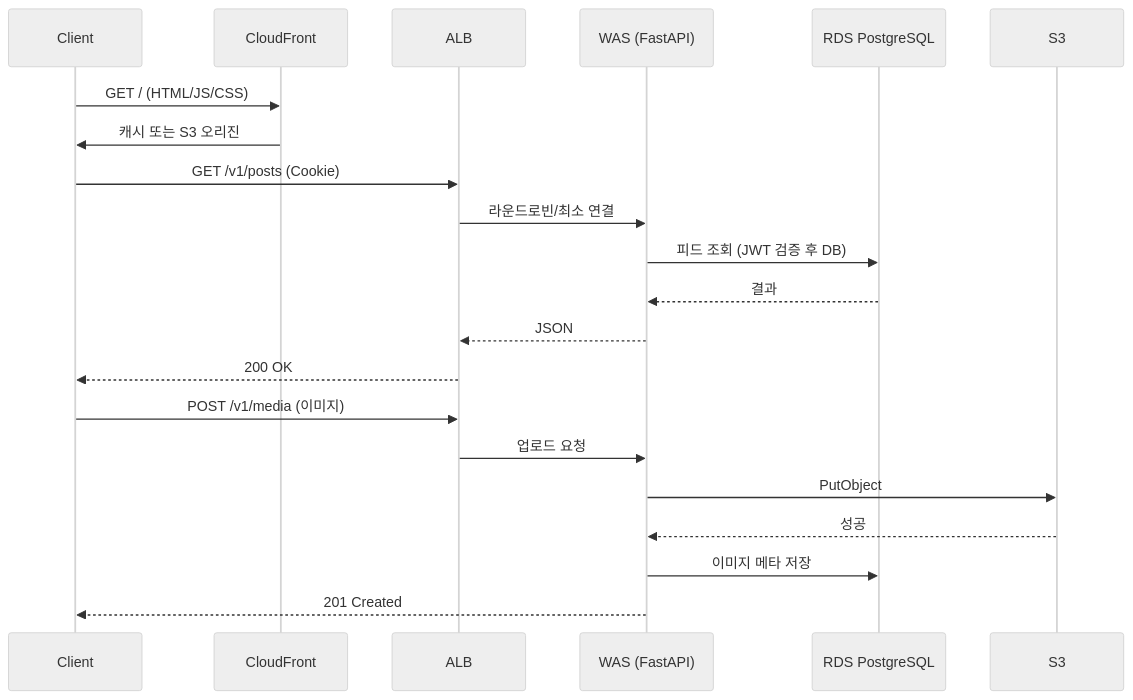
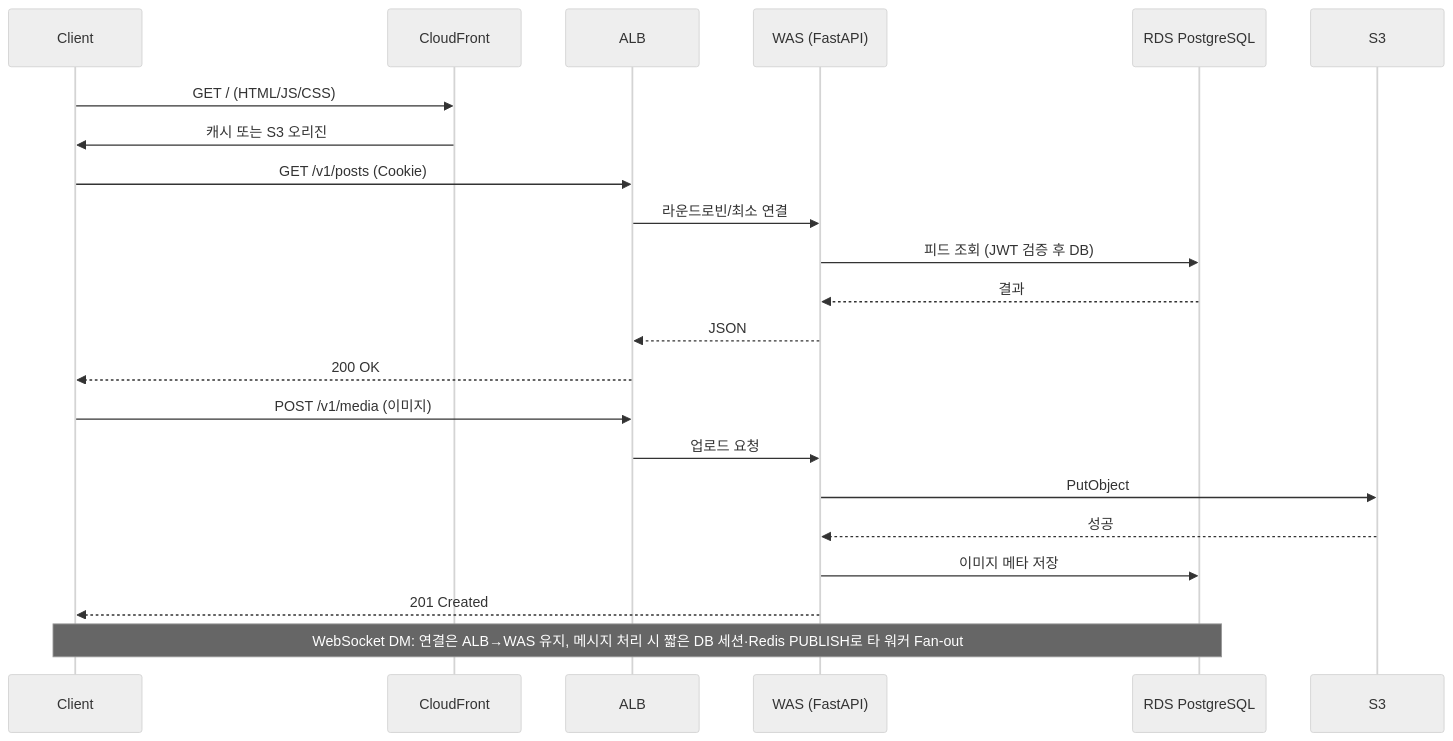
Before and after one commit to kyjness/2-kyjness-community-be: the third of 4 diagrams in docs/infrastructure-reliability-design.md, drawn with Mermaid (neutral theme). The commit also changed other lines of this file and 66 other files, not shown here.

````diff
--- a/docs/infrastructure-reliability-design.md
+++ b/docs/infrastructure-reliability-design.md
@@ -123,26 +148,28 @@
 ```mermaid
 sequenceDiagram
     participant C as Client
     participant CF as CloudFront
     participant ALB as ALB
     participant WAS as WAS (FastAPI)
     participant RDS as RDS PostgreSQL
     participant S3 as S3
 
     C->>CF: GET / (HTML/JS/CSS)
     CF->>C: 캐시 또는 S3 오리진
 
     C->>ALB: GET /v1/posts (Cookie)
     ALB->>WAS: 라운드로빈/최소 연결
     WAS->>RDS: 피드 조회 (JWT 검증 후 DB)
     RDS-->>WAS: 결과
     WAS-->>ALB: JSON
     ALB-->>C: 200 OK
 
     C->>ALB: POST /v1/media (이미지)
     ALB->>WAS: 업로드 요청
     WAS->>S3: PutObject
     S3-->>WAS: 성공
     WAS->>RDS: 이미지 메타 저장
     WAS-->>C: 201 Created
+
+    Note over C,RDS: WebSocket DM: 연결은 ALB→WAS 유지, 메시지 처리 시 짧은 DB 세션·Redis PUBLISH로 타 워커 Fan-out
 ```
````
